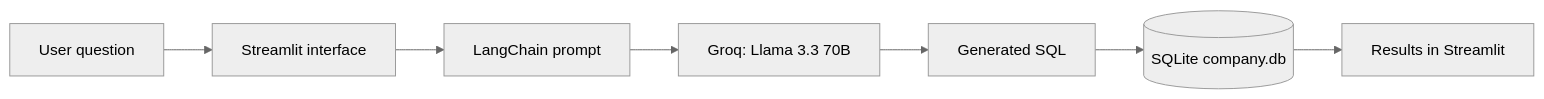
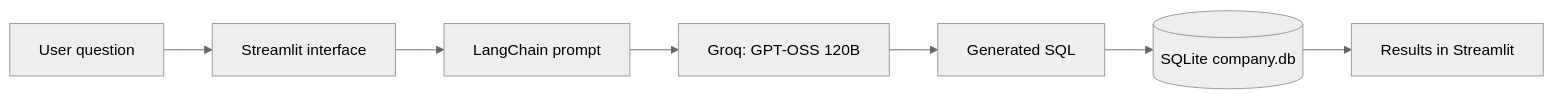
The diagram in README.md (zouhour13/text-to-sql-streamlit), drawn with Mermaid (neutral theme) before and after one commit. The commit also changed other lines of this file and 1 other file, not shown here.

Commit message:
fix: update deprecated Groq model

````diff
--- a/README.md
+++ b/README.md
@@ -24,9 +24,9 @@
 ```mermaid
 flowchart LR
     A[User question] --> B[Streamlit interface]
     B --> C[LangChain prompt]
-    C --> D[Groq: Llama 3.3 70B]
+    C --> D[Groq: GPT-OSS 120B]
     D --> E[Generated SQL]
     E --> F[(SQLite company.db)]
     F --> G[Results in Streamlit]
 ```
````
